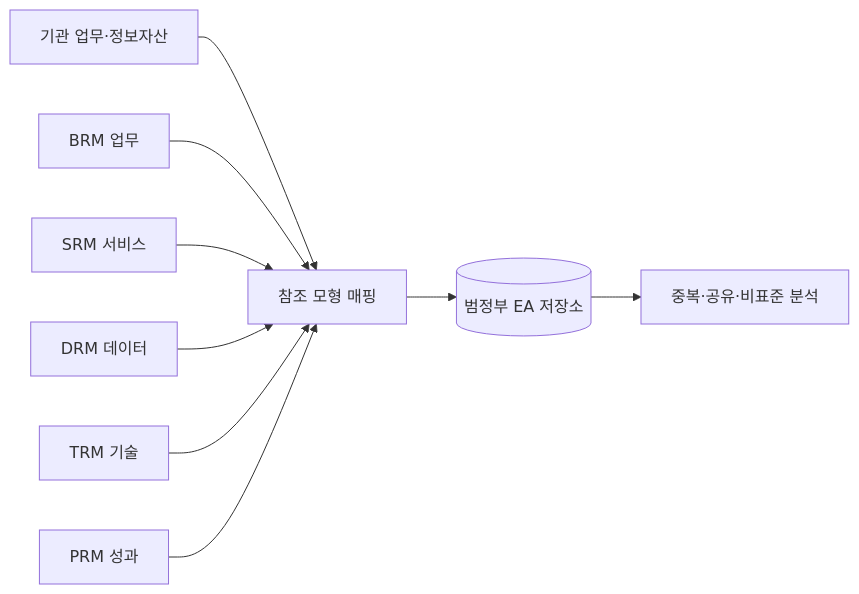
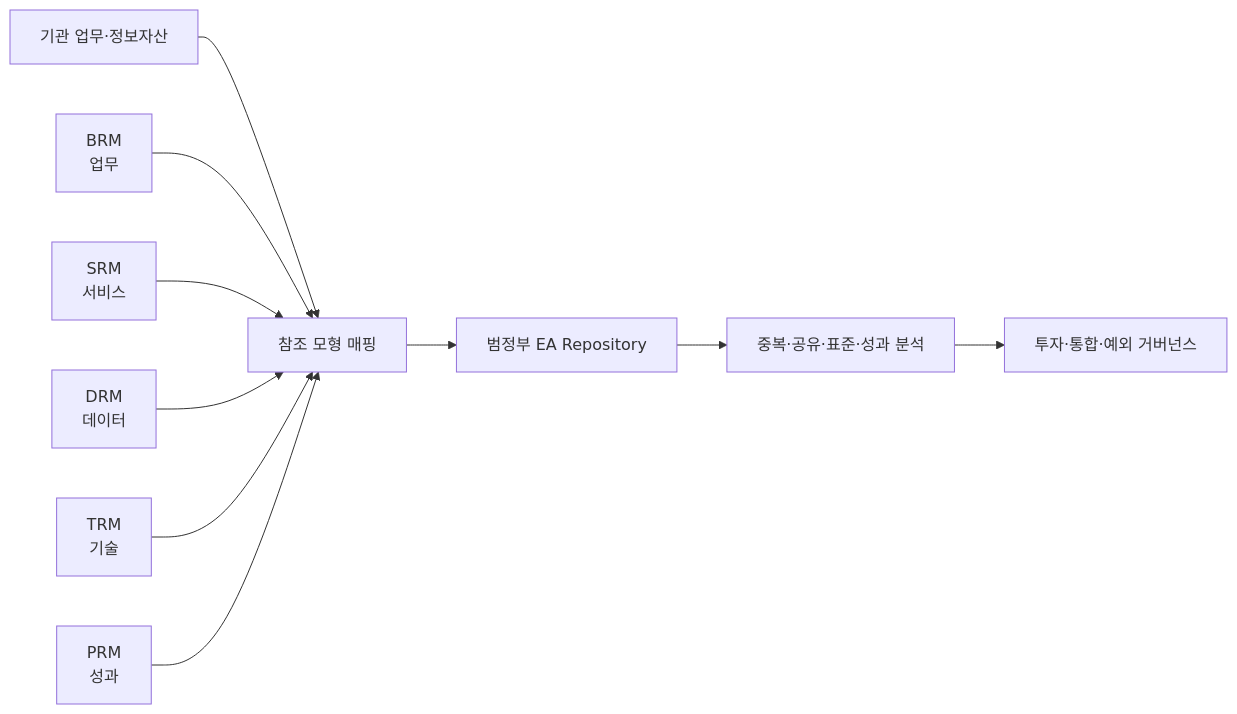
One commit to agnusdei1207/knowledge-base changed the first of 2 diagrams in src/content/docs/notes/03-software/190_government_ea_trm_drm.md. Above: the diagram before and after it, drawn with Mermaid. The commit also changed other lines of this file and 12 other files, not shown here.

````diff
--- a/src/content/docs/notes/03-software/190_government_ea_trm_drm.md
+++ b/src/content/docs/notes/03-software/190_government_ea_trm_drm.md
@@ -51,11 +56,12 @@
 ```mermaid
 flowchart LR
-    A[기관 업무·정보자산] --> M[참조 모형 매핑]
-    B[BRM 업무] --> M
-    S[SRM 서비스] --> M
-    D[DRM 데이터] --> M
-    T[TRM 기술] --> M
-    P[PRM 성과] --> M
-    M --> R[(범정부 EA 저장소)]
-    R --> X[중복·공유·비표준 분석]
+    I["기관 업무·정보자산"] --> M["참조 모형 매핑"]
+    B["BRM<br/>업무"] --> M
+    S["SRM<br/>서비스"] --> M
+    D["DRM<br/>데이터"] --> M
+    T["TRM<br/>기술"] --> M
+    P["PRM<br/>성과"] --> M
+    M --> R["범정부 EA Repository"]
+    R --> A["중복·공유·표준·성과 분석"]
+    A --> G["투자·통합·예외 거버넌스"]
 ```
````
